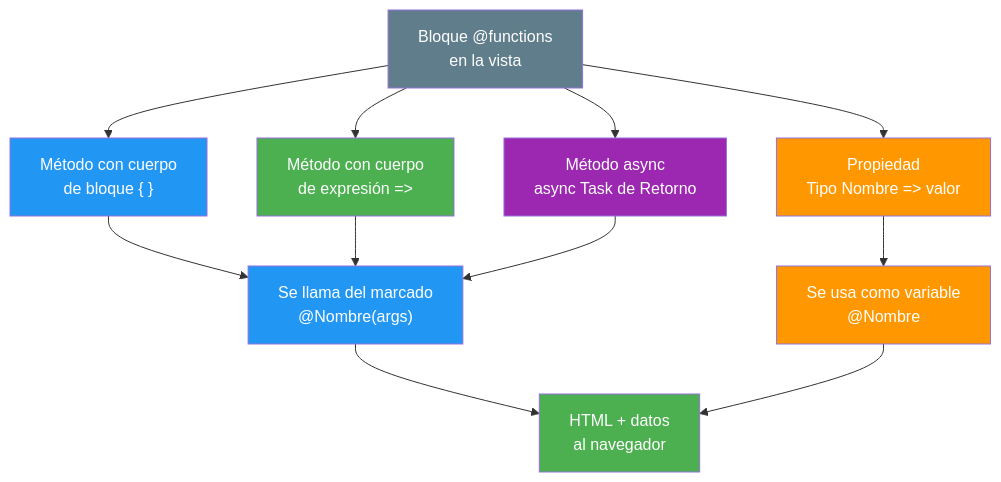
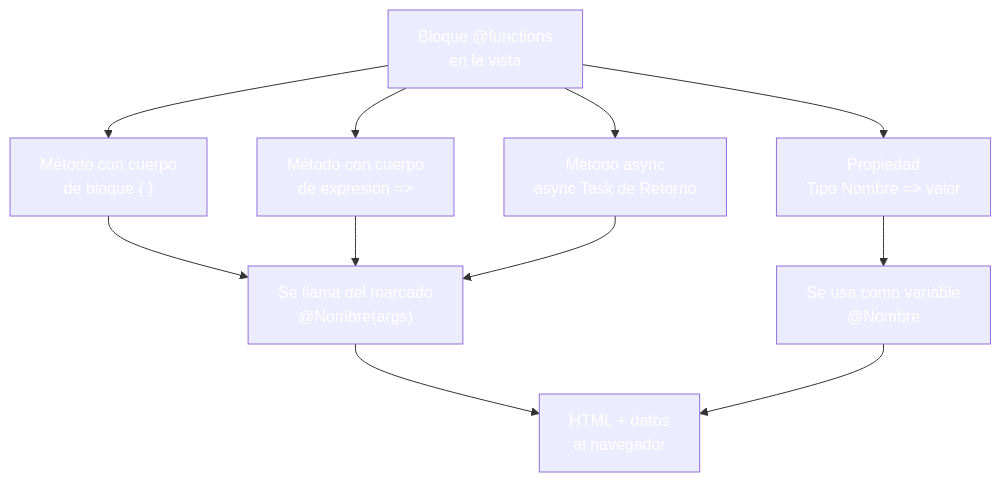
Before and after one commit to joseluisgs/DesarrolloWebEntornosServidor-03-2026-2027: the second of 4 diagrams in 04-funciones-metodos.md, drawn with Mermaid. The commit also changed other lines of this file and 30 other files, not shown here.

````diff
--- a/04-funciones-metodos.md
+++ b/04-funciones-metodos.md
@@ -143,24 +143,24 @@
 ```mermaid
 graph TD
     A["Bloque @functions<br/>en la vista"] --> B["Método con cuerpo<br/>de bloque { }"]
     A --> C["Método con cuerpo<br/>de expresión =>"]
     A --> D["Propiedad<br/>Tipo Nombre => valor"]
     A --> E["Método async<br/>async Task de Retorno"]
 
     B --> F["Se llama del marcado<br/>@Nombre(args)"]
     C --> F
     D --> G["Se usa como variable<br/>@Nombre"]
     E --> F
 
     F --> H["HTML + datos<br/>al navegador"]
     G --> H
 
-    style A fill:#607D8B,color:#fff
-    style B fill:#2196F3,color:#fff
-    style C fill:#4CAF50,color:#fff
-    style D fill:#FF9800,color:#fff
-    style E fill:#9C27B0,color:#fff
-    style F fill:#2196F3,color:#fff
-    style G fill:#FF9800,color:#fff
-    style H fill:#4CAF50,color:#fff
+    style A fill:#607D8,color:#fffB,color:#fff
+    style B fill:#2196F,color:#fff3,color:#fff
+    style C fill:#4CAF5,color:#fff0,color:#fff
+    style D fill:#FF980,color:#fff0,color:#fff
+    style E fill:#9C27B,color:#fff0,color:#fff
+    style F fill:#2196F,color:#fff3,color:#fff
+    style G fill:#FF980,color:#fff0,color:#fff
+    style H fill:#4CAF5,color:#fff0,color:#fff
 ```
````
